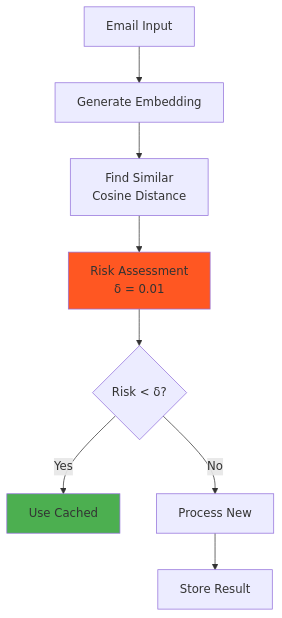
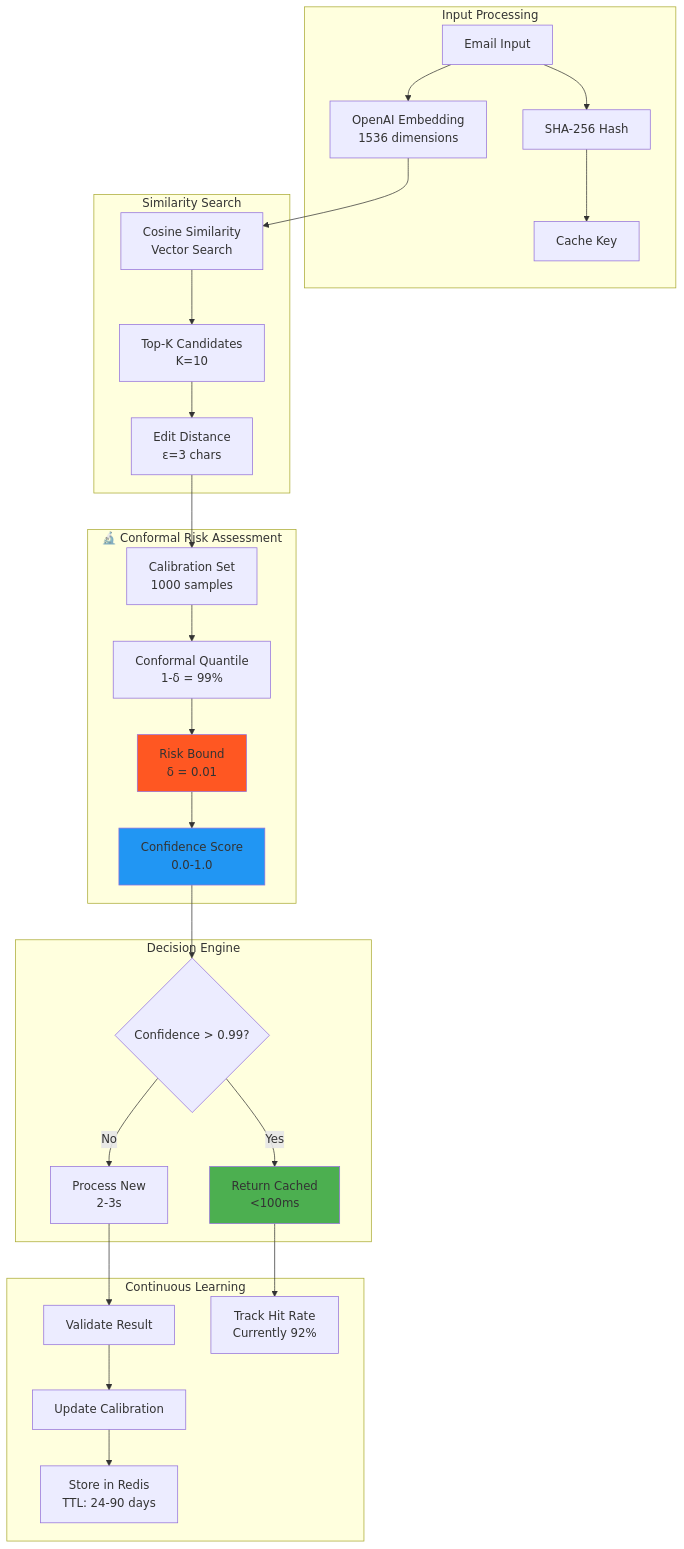
Before and after one commit to romiteld/ZohoDealCreation: the fourth of 12 diagrams in ARCHITECTURE.md, drawn with Mermaid. The commit also changed other lines of this file and 3 other files, not shown here.

First line of the commit message:
feat: Enhanced architecture documentation with complete Azure infrastructure

````diff
--- a/ARCHITECTURE.md
+++ b/ARCHITECTURE.md
@@ -157,13 +196,38 @@
 ```mermaid
 graph TD
-    INPUT[Email Input] --> EMBED[Generate Embedding]
-    EMBED --> SIMILAR[Find Similar<br/>Cosine Distance]
-    SIMILAR --> RISK[Risk Assessment<br/>δ = 0.01]
-    RISK --> DECIDE{Risk < δ?}
-    DECIDE -->|Yes| CACHE_HIT[Use Cached]
-    DECIDE -->|No| PROCESS[Process New]
-    PROCESS --> STORE[Store Result]
+    subgraph "Input Processing"
+        INPUT[Email Input] --> HASH[SHA-256 Hash]
+        INPUT --> EMBED[OpenAI Embedding<br/>1536 dimensions]
+        HASH --> KEY[Cache Key]
+    end
     
-    style RISK fill:#FF5722
+    subgraph "Similarity Search"
+        EMBED --> COSINE[Cosine Similarity<br/>Vector Search]
+        COSINE --> CANDIDATES[Top-K Candidates<br/>K=10]
+        CANDIDATES --> DISTANCE[Edit Distance<br/>ε=3 chars]
+    end
+    
+    subgraph "🔬 Conformal Risk Assessment"
+        DISTANCE --> CALIBRATE[Calibration Set<br/>1000 samples]
+        CALIBRATE --> QUANTILE[Conformal Quantile<br/>1-δ = 99%]
+        QUANTILE --> BOUND[Risk Bound<br/>δ = 0.01]
+        BOUND --> CONFIDENCE[Confidence Score<br/>0.0-1.0]
+    end
+    
+    subgraph "Decision Engine"
+        CONFIDENCE --> DECIDE{Confidence > 0.99?}
+        DECIDE -->|Yes| CACHE_HIT[Return Cached<br/><100ms]
+        DECIDE -->|No| PROCESS[Process New<br/>2-3s]
+    end
+    
+    subgraph "Continuous Learning"
+        PROCESS --> VALIDATE[Validate Result]
+        VALIDATE --> UPDATE[Update Calibration]
+        UPDATE --> STORE[Store in Redis<br/>TTL: 24-90 days]
+        CACHE_HIT --> METRICS[Track Hit Rate<br/>Currently 92%]
+    end
+    
+    style BOUND fill:#FF5722
     style CACHE_HIT fill:#4CAF50
+    style CONFIDENCE fill:#2196F3
 ```
````
